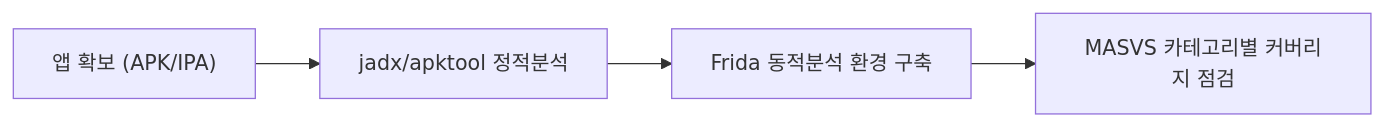
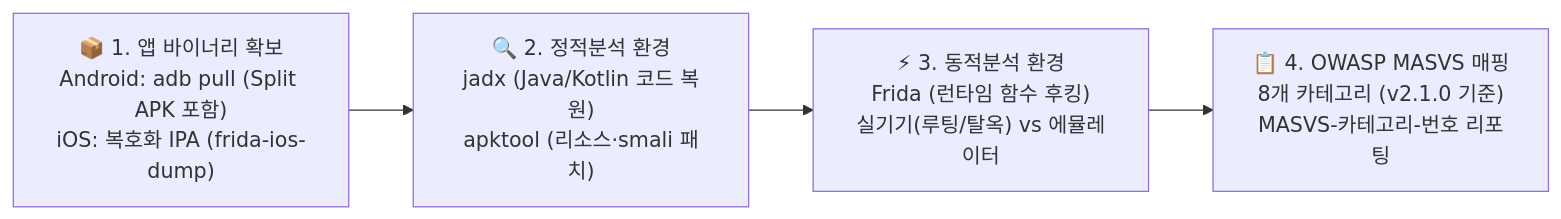
Before and after one commit to gooyong-sec/gooyong-sec.github.io: the diagram in content/모바일취약점/모바일 모의해킹 입문 — 환경 구축과 MASVS 체크리스트.md, drawn with Mermaid. The commit also changed other lines of this file and 68 other files, not shown here.

````diff
--- a/content/모바일취약점/모바일 모의해킹 입문 — 환경 구축과 MASVS 체크리스트.md
+++ b/content/모바일취약점/모바일 모의해킹 입문 — 환경 구축과 MASVS 체크리스트.md
@@ -65,6 +18,6 @@
 ```mermaid
 flowchart LR
-    A["앱 확보 (APK/IPA)"] --> B["jadx/apktool 정적분석"]
-    B --> C["Frida 동적분석 환경 구축"]
-    C --> D["MASVS 카테고리별 커버리지 점검"]
+    A["📦 1. 앱 바이너리 확보<br/>Android: adb pull (Split APK 포함)<br/>iOS: 복호화 IPA (frida-ios-dump)"] --> B["🔍 2. 정적분석 환경<br/>jadx (Java/Kotlin 코드 복원)<br/>apktool (리소스·smali 패치)"]
+    B --> C["⚡ 3. 동적분석 환경<br/>Frida (런타임 함수 후킹)<br/>실기기(루팅/탈옥) vs 에뮬레이터"]
+    C --> D["📋 4. OWASP MASVS 매핑<br/>8개 카테고리 (v2.1.0 기준)<br/>MASVS-카테고리-번호 리포팅"]
 ```
````
